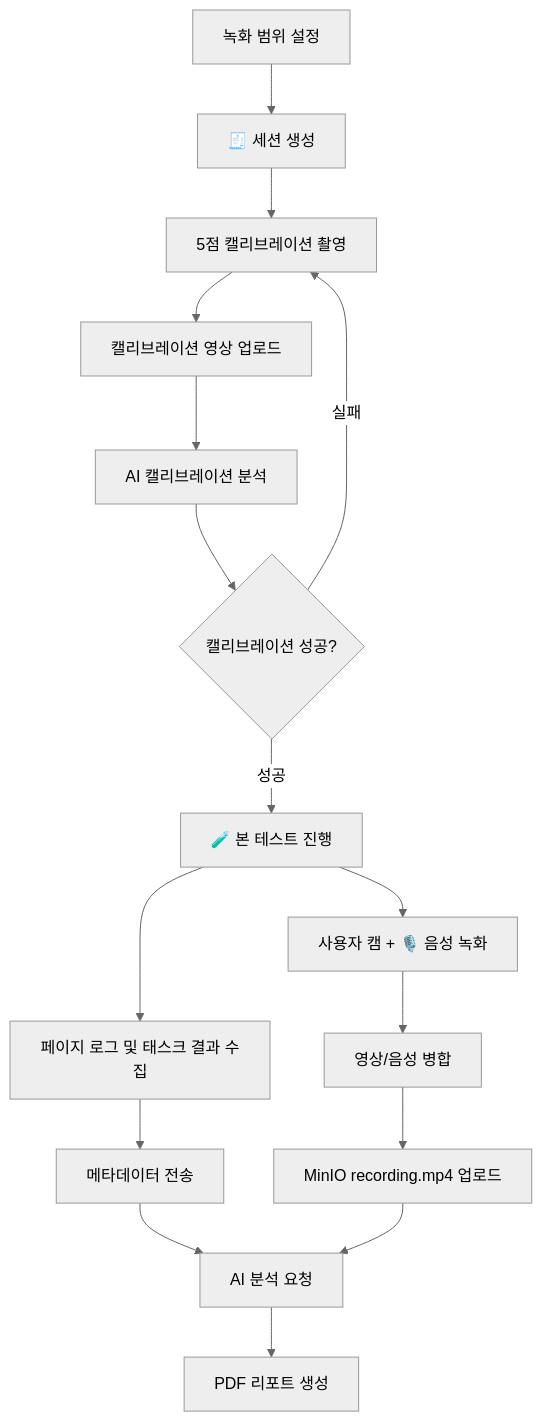
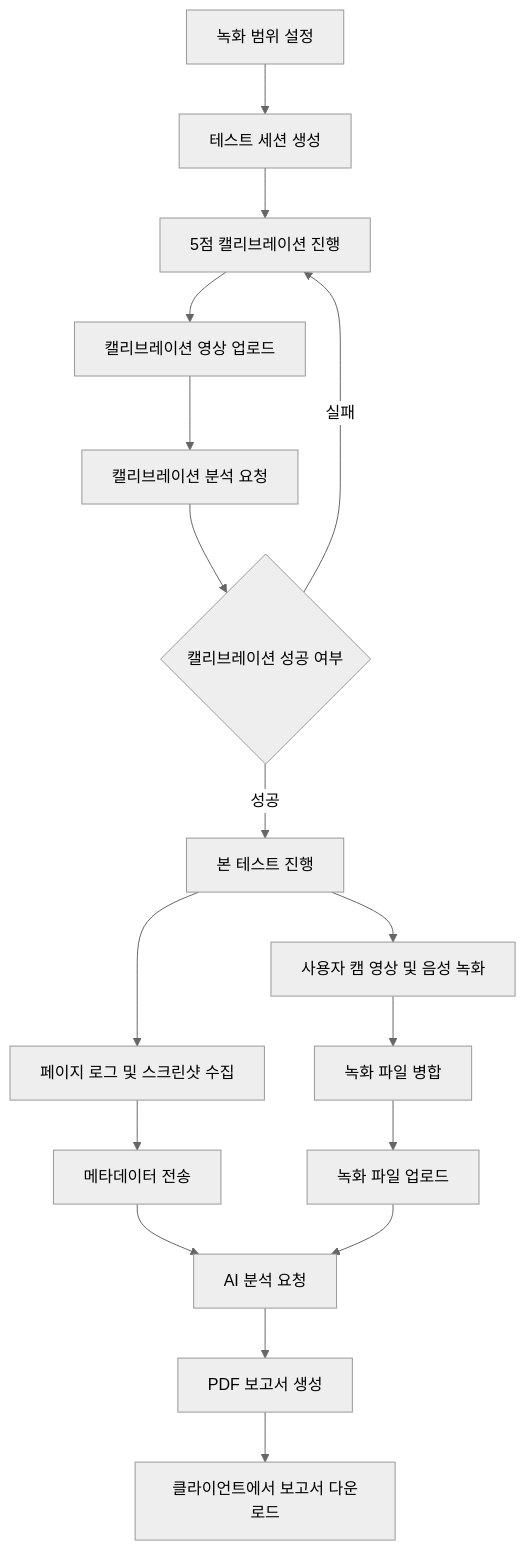
The second of 2 diagrams in README.md (kimbeamjun/machine-vision-ut), drawn with Mermaid (neutral theme) before and after one commit. The commit also changed other lines of this file and 3 other files, not shown here.

````diff
--- a/README.md
+++ b/README.md
@@ -59,18 +58,19 @@
 ```mermaid
 flowchart TD
-    A["녹화 범위 설정"] --> B["🧾 세션 생성"]
-    B --> C["5점 캘리브레이션 촬영"]
+    A["녹화 범위 설정"] --> B["테스트 세션 생성"]
+    B --> C["5점 캘리브레이션 진행"]
     C --> D["캘리브레이션 영상 업로드"]
-    D --> E["AI 캘리브레이션 분석"]
-    E --> F{"캘리브레이션 성공?"}
+    D --> E["캘리브레이션 분석 요청"]
+    E --> F{"캘리브레이션 성공 여부"}
     F -- "실패" --> C
-    F -- "성공" --> G["🧪 본 테스트 진행"]
-    G --> H["사용자 캠 + 🎙️ 음성 녹화"]
-    G --> I["페이지 로그 및 태스크 결과 수집"]
-    H --> J["영상/음성 병합"]
+    F -- "성공" --> G["본 테스트 진행"]
+    G --> H["사용자 캠 영상 및 음성 녹화"]
+    G --> I["페이지 로그 및 스크린샷 수집"]
+    H --> J["녹화 파일 병합"]
     I --> K["메타데이터 전송"]
-    J --> L["MinIO recording.mp4 업로드"]
+    J --> L["녹화 파일 업로드"]
     K --> M["AI 분석 요청"]
     L --> M
-    M --> N["PDF 리포트 생성"]
+    M --> N["PDF 보고서 생성"]
+    N --> O["클라이언트에서 보고서 다운로드"]
 ```
````
